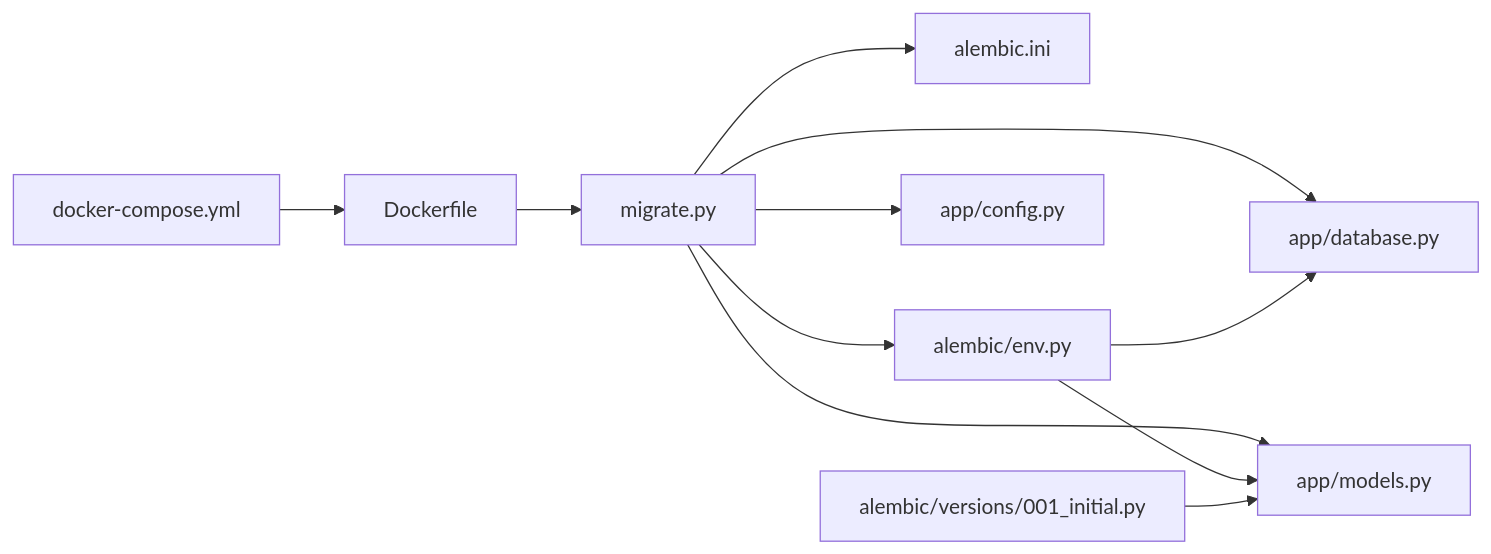
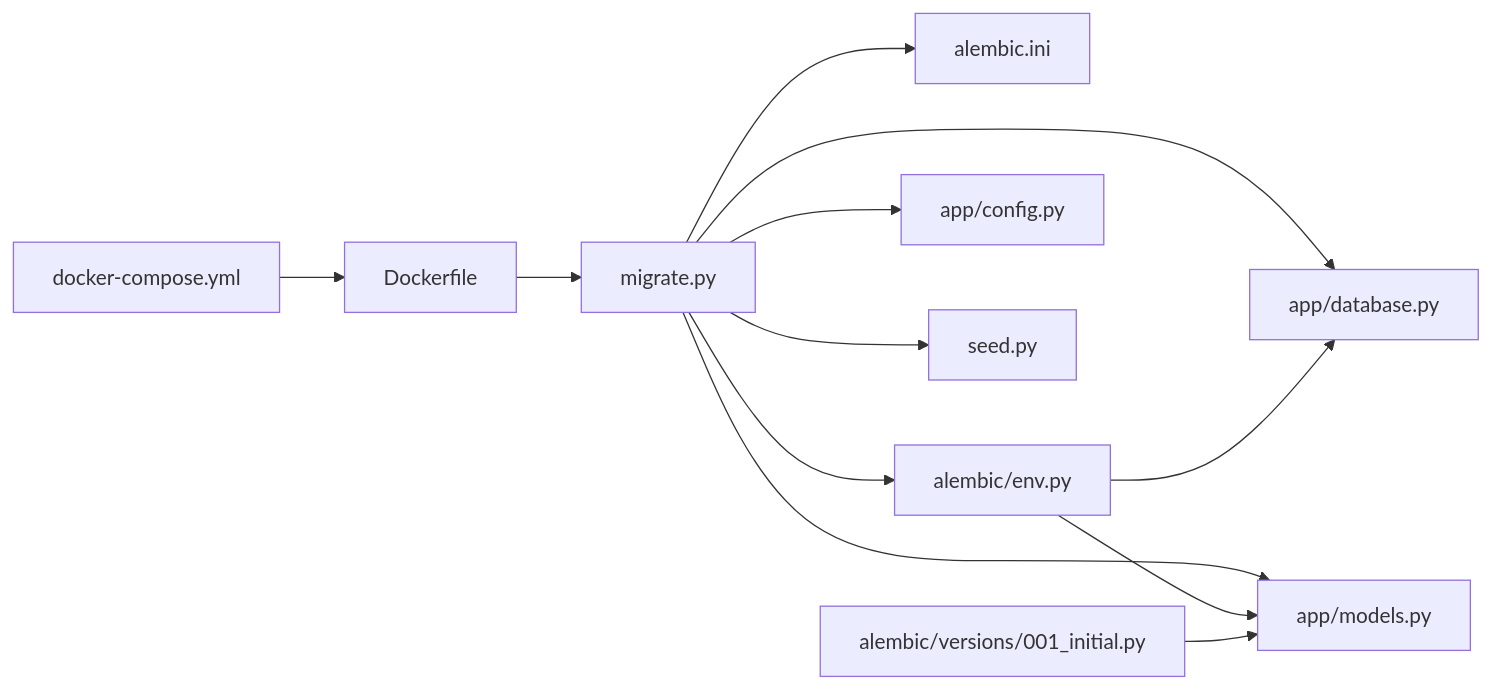
The fourth of 4 diagrams in .qoder/repowiki/zh/content/数据库设计/Alembic数据库迁移系统.md (onebody/homework), drawn with Mermaid before and after one commit. The commit also changed other lines of this file and 6 other files, not shown here.

````diff
--- a/.qoder/repowiki/zh/content/数据库设计/Alembic数据库迁移系统.md
+++ b/.qoder/repowiki/zh/content/数据库设计/Alembic数据库迁移系统.md
@@ -254,13 +268,14 @@
 ```mermaid
 graph LR
 M["migrate.py"] --> Cfg["alembic.ini"]
 M --> Env["alembic/env.py"]
 M --> DBP["app/database.py"]
 M --> Mod["app/models.py"]
 M --> Conf["app/config.py"]
+M --> Seed["seed.py"]
 Env --> DBP
 Env --> Mod
 V["alembic/versions/001_initial.py"] --> Mod
 DK["Dockerfile"] --> M
 DC["docker-compose.yml"] --> DK
 ```
````
